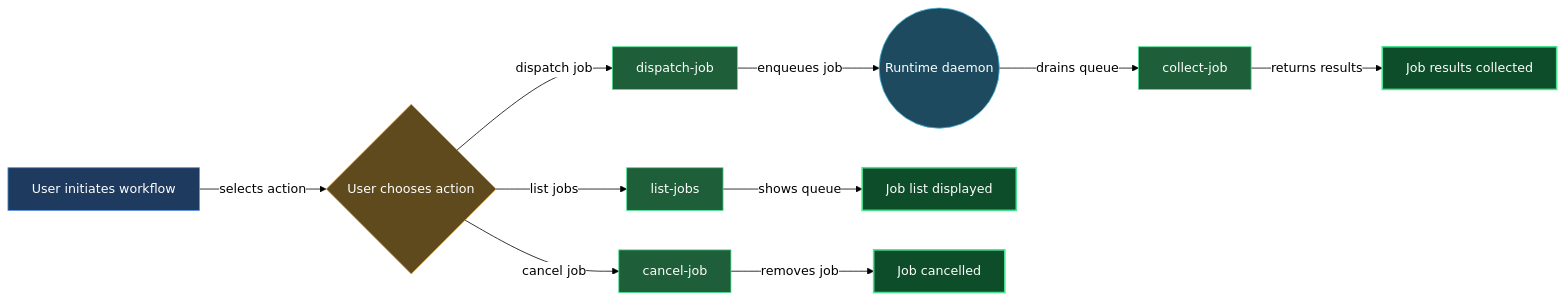
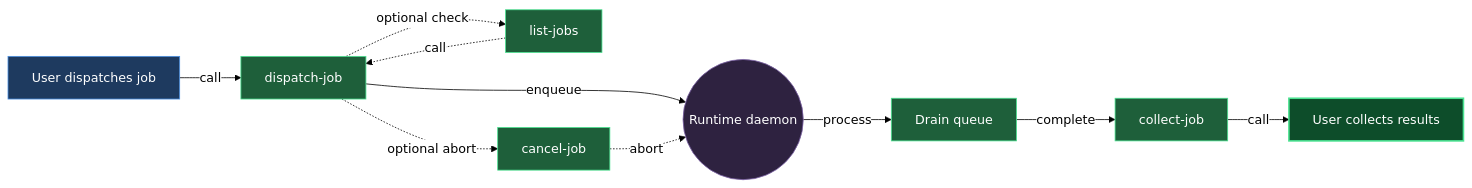
Before and after one commit to mebius-san/lazy-cortex: the diagram in claude/lazycortex-core/help/experts.md, drawn with Mermaid. The commit also changed other lines of this file and 24 other files, not shown here.

````diff
--- a/claude/lazycortex-core/help/experts.md
+++ b/claude/lazycortex-core/help/experts.md
@@ -68,41 +68,36 @@
 ```mermaid
 %%{init: {'themeVariables':{'background':'transparent','lineColor':'#000','textColor':'#000','edgeLabelBackground':'#fff'},'themeCSS':'.edgeLabel{background-color:transparent!important}.edgeLabel p{background-color:transparent!important}','flowchart':{'diagramPadding':5,'useMaxWidth':true}}}%%
 flowchart LR
-  userInitiatesWorkflow[User initiates workflow]
-  userChoosesAction{User chooses action}
-  dispatchJobSkill[dispatch-job]
-  listJobsSkill[list-jobs]
-  cancelJobSkill[cancel-job]
+  userDispatchesJob[User dispatches job]
+  dispatchJob[dispatch-job]
   runtimeDaemon((Runtime daemon))
-  collectJobSkill[collect-job]
-  jobResultsCollected[Job results collected]
-  jobListDisplayed[Job list displayed]
-  jobCancelled[Job cancelled]
+  drainQueue[Drain queue]
+  collectJob[collect-job]
+  userCollectsResults[User collects results]
+  listJobs[list-jobs]
+  cancelJob[cancel-job]
 
-  userInitiatesWorkflow -->|selects action| userChoosesAction
-  userChoosesAction -->|dispatch job| dispatchJobSkill
-  userChoosesAction -->|list jobs| listJobsSkill
-  userChoosesAction -->|cancel job| cancelJobSkill
-  dispatchJobSkill -->|enqueues job| runtimeDaemon
-  runtimeDaemon -->|drains queue| collectJobSkill
-  collectJobSkill -->|returns results| jobResultsCollected
-  listJobsSkill -->|shows queue| jobListDisplayed
-  cancelJobSkill -->|removes job| jobCancelled
+  userDispatchesJob -->|call| dispatchJob
+  dispatchJob -->|enqueue| runtimeDaemon
+  runtimeDaemon -->|process| drainQueue
+  drainQueue -->|complete| collectJob
+  collectJob -->|call| userCollectsResults
+  dispatchJob -.->|optional check| listJobs
+  listJobs -.->|call| dispatchJob
+  dispatchJob -.->|optional abort| cancelJob
+  cancelJob -.->|abort| runtimeDaemon
 
   classDef entry fill:#1e3a5f,stroke:#4a90e2,color:#fff
-  classDef guard fill:#5f4a1e,stroke:#e2a14a,color:#fff
   classDef action fill:#1e5f3a,stroke:#4ae290,color:#fff
-  classDef service fill:#1e4a5f,stroke:#4abce2,color:#fff
+  classDef sub fill:#2e2240,stroke:#7e63a8,color:#fff
   classDef success fill:#0d4d2a,stroke:#4ae290,color:#fff,stroke-width:2px
 
-  class userInitiatesWorkflow entry
-  class userChoosesAction guard
-  class dispatchJobSkill action
-  class listJobsSkill action
-  class cancelJobSkill action
-  class runtimeDaemon service
-  class collectJobSkill action
-  class jobResultsCollected success
-  class jobListDisplayed success
-  class jobCancelled success
+  class userDispatchesJob entry
+  class dispatchJob action
+  class collectJob action
+  class listJobs action
+  class cancelJob action
+  class runtimeDaemon sub
+  class drainQueue action
+  class userCollectsResults success
 ```
````
